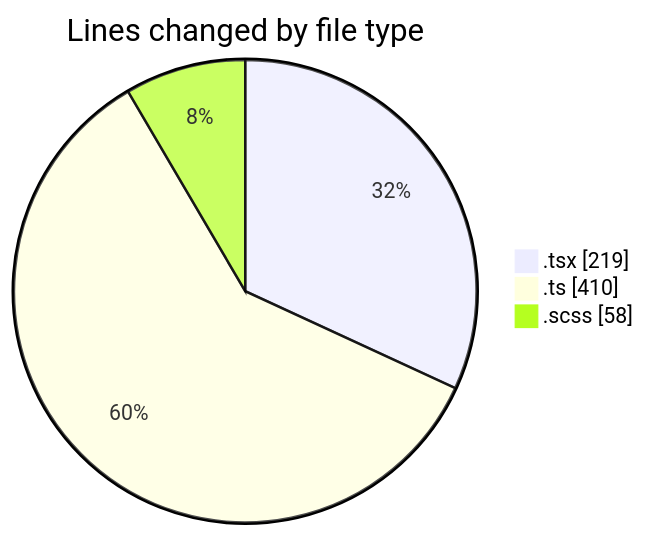
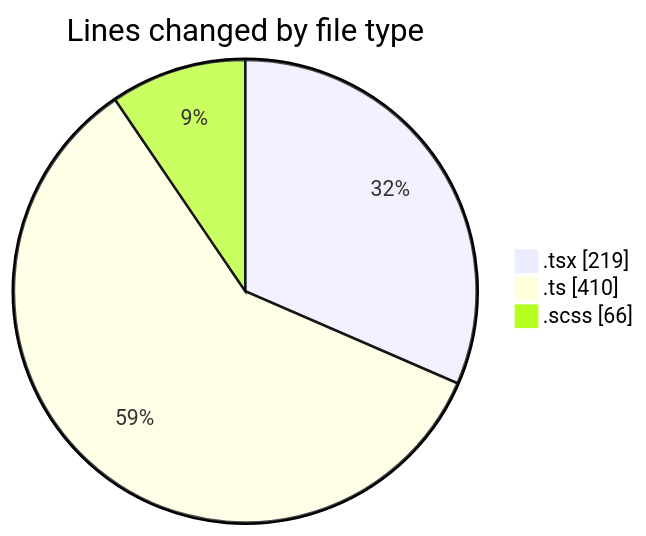
Before and after one commit to momahboobian/code-tracking: the first of 2 diagrams in 2026-03-26/cda/README.md, drawn with Mermaid. The commit also changed other lines of this file and 1 other file, not shown here.

````diff
--- a/2026-03-26/cda/README.md
+++ b/2026-03-26/cda/README.md
@@ -23,7 +23,7 @@
 ```mermaid
 pie showData
 title Lines changed by file type
 ".tsx" : 219
 ".ts" : 410
-".scss" : 58
+".scss" : 66
 ```
````
